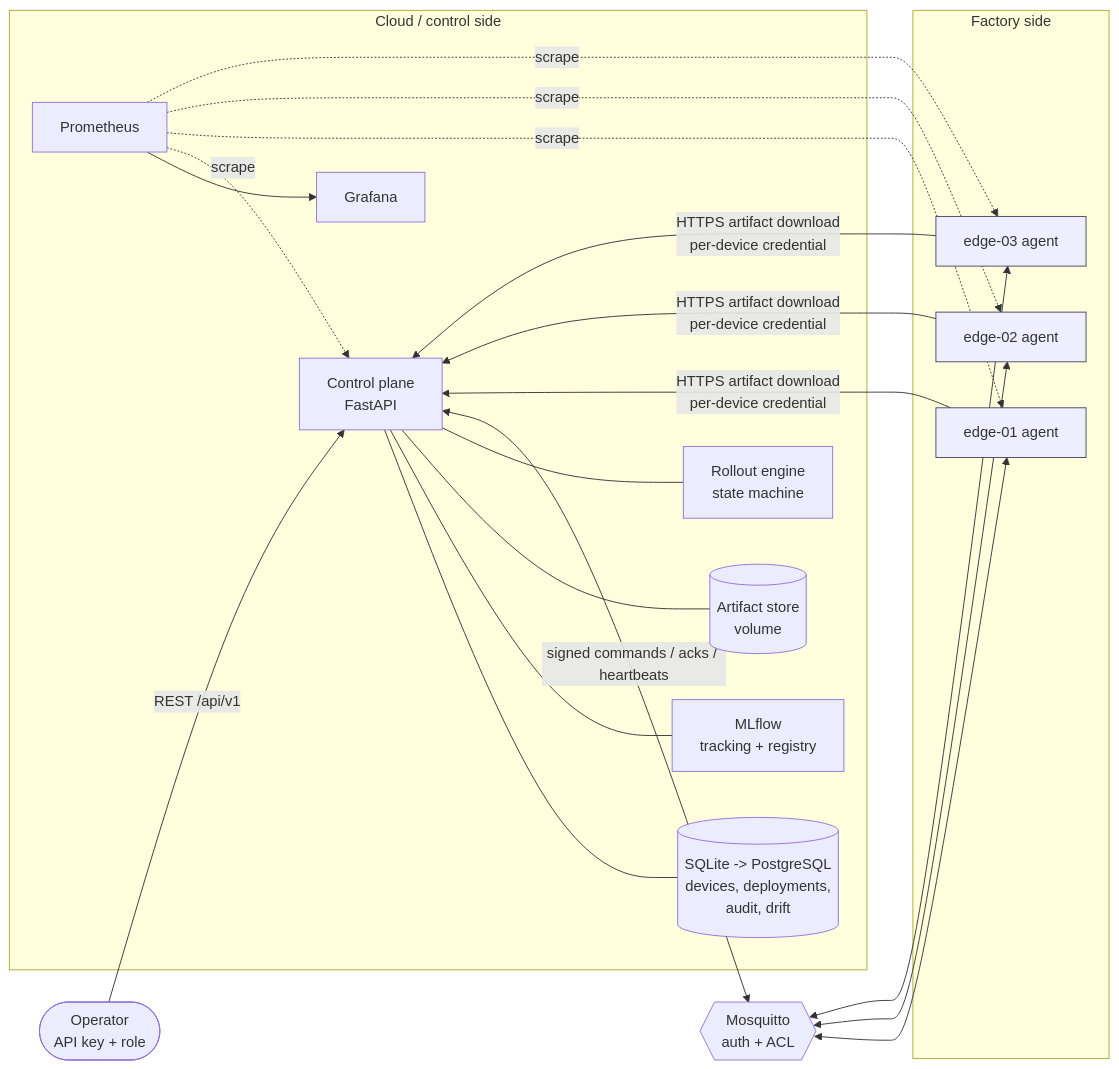
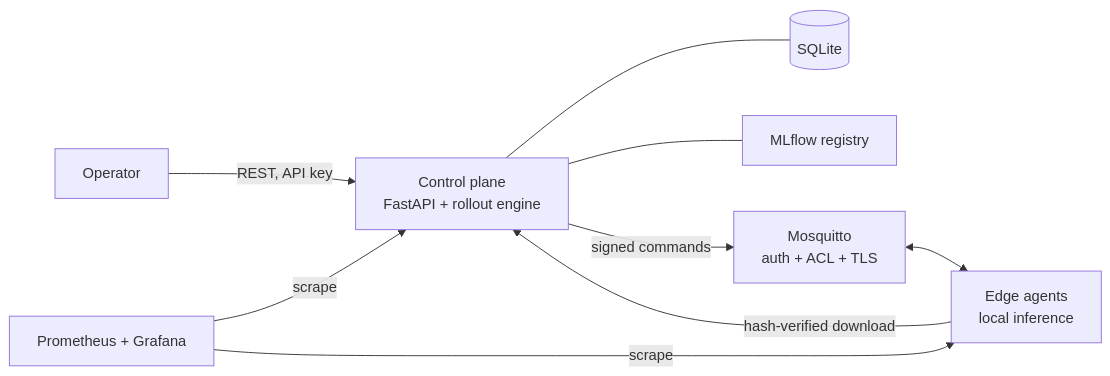
One commit to nithya-prakash/FleetOps changed the diagram in README.md. Above: the diagram before and after it, drawn with Mermaid. The commit also changed other lines of this file and 7 other files, not shown here.

````diff
--- a/README.md
+++ b/README.md
@@ -18,22 +48,10 @@
 ```mermaid
 flowchart LR
-  op([Operator<br/>API key + role]) -->|REST /api/v1| cp
-  subgraph Cloud / control side
-    cp[Control plane<br/>FastAPI] --- db[(SQLite -> PostgreSQL<br/>devices, deployments,<br/>audit, drift)]
-    cp --- mlf[MLflow<br/>tracking + registry]
-    cp --- art[(Artifact store<br/>volume)]
-    cp --- eng[Rollout engine<br/>state machine]
-    prom[Prometheus] --> graf[Grafana]
-  end
-  mq{{Mosquitto<br/>auth + ACL}}
-  cp <-->|signed commands / acks / heartbeats| mq
-  subgraph Factory side
-    e1[edge-01 agent]:::e
-    e2[edge-02 agent]:::e
-    e3[edge-03 agent]:::e
-  end
-  mq <--> e1 & e2 & e3
-  e1 & e2 & e3 -->|HTTPS artifact download<br/>per-device credential| cp
-  prom -. scrape .-> cp & e1 & e2 & e3
-  classDef e fill:#eef,stroke:#446
+  OP[Operator] -->|REST, API key| CP[Control plane<br/>FastAPI + rollout engine]
+  CP --- DB[(SQLite)]
+  CP --- ML[MLflow registry]
+  CP -->|signed commands| MQ[Mosquitto<br/>auth + ACL + TLS]
+  MQ <--> E[Edge agents<br/>local inference]
+  E -->|hash-verified download| CP
+  P[Prometheus + Grafana] -->|scrape| CP & E
 ```
````
